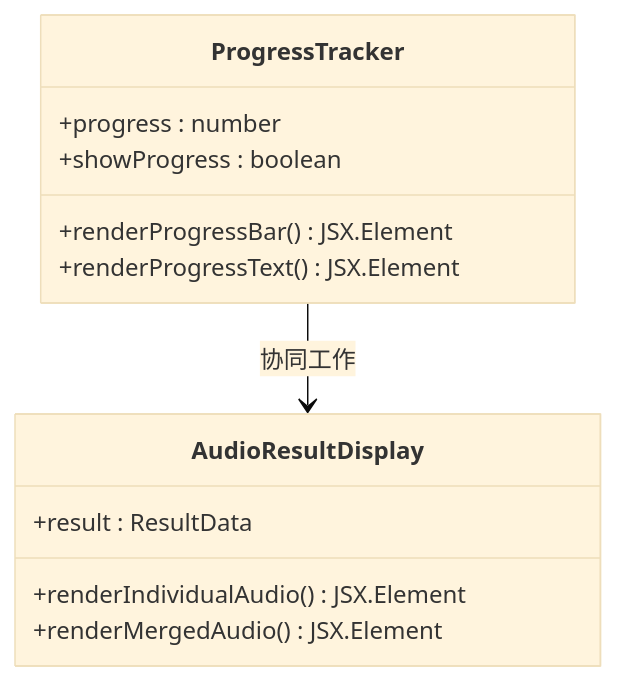
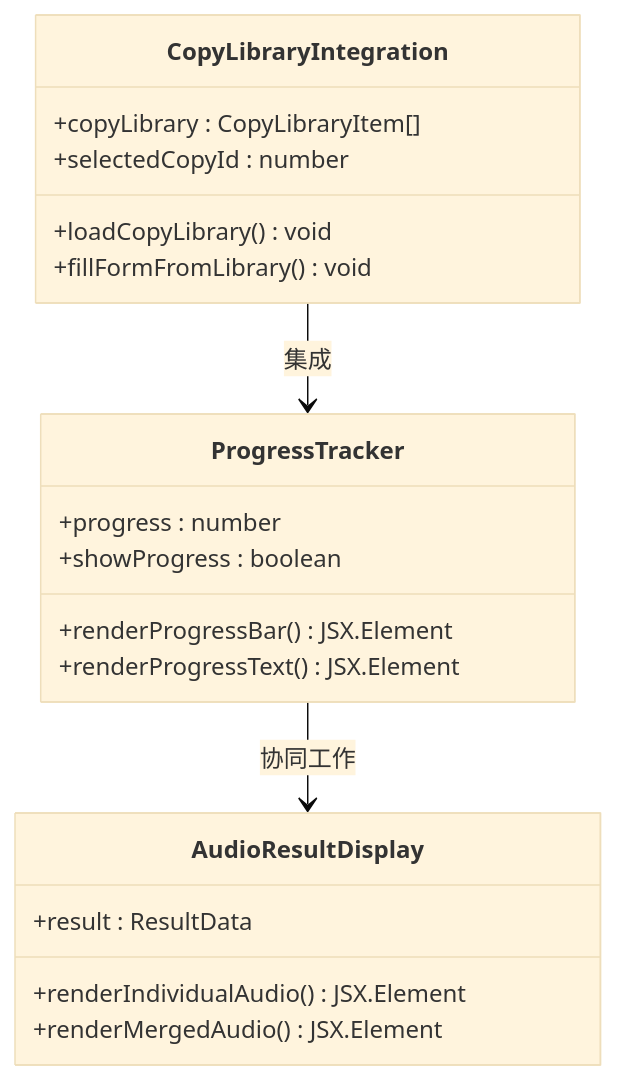
Diagram 11 of 13 in .qoder/repowiki/zh/content/前端组件架构/页面组件/混剪功能页面.md (hanksd769-droid/sailshub), drawn with Mermaid (base theme) before and after one commit. The commit also changed other lines of this file and 6 other files, not shown here.

````diff
--- a/.qoder/repowiki/zh/content/前端组件架构/页面组件/混剪功能页面.md
+++ b/.qoder/repowiki/zh/content/前端组件架构/页面组件/混剪功能页面.md
@@ -411,15 +560,22 @@
 ```mermaid
 classDiagram
 class ProgressTracker {
 +progress : number
 +showProgress : boolean
 +renderProgressBar() JSX.Element
 +renderProgressText() JSX.Element
 }
 class AudioResultDisplay {
 +result : ResultData
 +renderIndividualAudio() JSX.Element
 +renderMergedAudio() JSX.Element
 }
+class CopyLibraryIntegration {
++copyLibrary : CopyLibraryItem[]
++selectedCopyId : number
++loadCopyLibrary() void
++fillFormFromLibrary() void
+}
 ProgressTracker --> AudioResultDisplay : 协同工作
+CopyLibraryIntegration --> ProgressTracker : 集成
 ```
````
